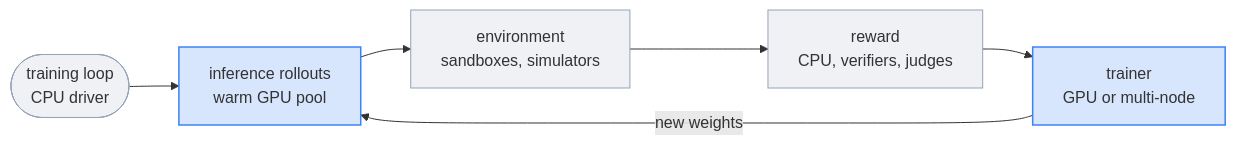
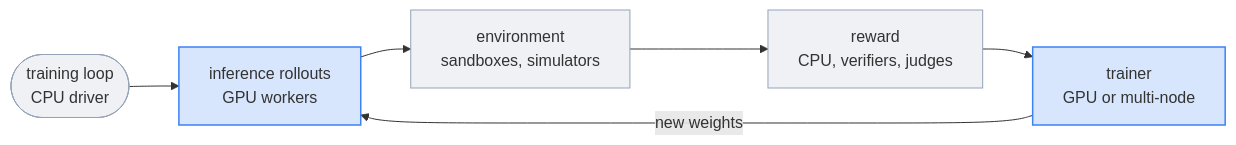
Before and after one commit to unionai/unionai-docs: the diagram in content/user-guide/reinforcement-learning/_index.md, drawn with Mermaid. The commit also changed other lines of this file and 9 other files, not shown here.

````diff
--- a/content/user-guide/reinforcement-learning/_index.md
+++ b/content/user-guide/reinforcement-learning/_index.md
@@ -16,13 +16,13 @@
 ```mermaid
 flowchart LR
-    L(["training loop<br/>CPU driver"]) --> R["inference rollouts<br/>warm GPU pool"]
+    L(["training loop<br/>CPU driver"]) --> R["inference rollouts<br/>GPU workers"]
     R --> E["environment<br/>sandboxes, simulators"]
     E --> W["reward<br/>CPU, verifiers, judges"]
     W --> T["trainer<br/>GPU or multi-node"]
     T -- "new weights" --> R
 
     classDef gpu fill:#3b82f633,stroke:#3b82f6,stroke-width:1.5px
     classDef cpu fill:#94a3b826,stroke:#94a3b8,stroke-width:1px
     class R,T gpu
     class L,E,W cpu
 ```
````
